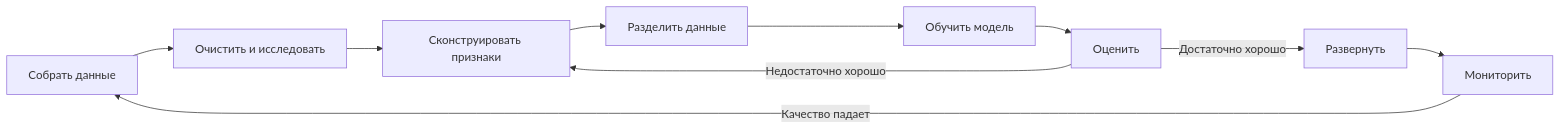
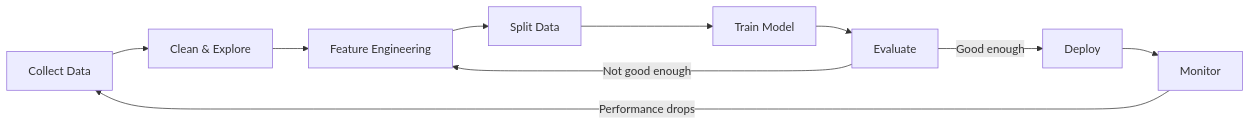
Before and after one commit to stabuev/ai-engineering-from-scratch: the third of 6 diagrams in phases/02-ml-fundamentals/01-what-is-machine-learning/docs/ru.md, drawn with Mermaid. The commit also changed other lines of this file and 182 other files, not shown here.

````diff
--- a/phases/02-ml-fundamentals/01-what-is-machine-learning/docs/ru.md
+++ b/phases/02-ml-fundamentals/01-what-is-machine-learning/docs/ru.md
@@ -124,12 +124,12 @@
 ```mermaid
 flowchart LR
-    A[Собрать данные] --> B[Очистить и исследовать]
-    B --> C[Сконструировать признаки]
-    C --> D[Разделить данные]
-    D --> E[Обучить модель]
-    E --> F[Оценить]
-    F -->|Недостаточно хорошо| C
-    F -->|Достаточно хорошо| G[Развернуть]
-    G --> H[Мониторить]
-    H -->|Качество падает| A
+    A[Collect Data] --> B[Clean & Explore]
+    B --> C[Feature Engineering]
+    C --> D[Split Data]
+    D --> E[Train Model]
+    E --> F[Evaluate]
+    F -->|Not good enough| C
+    F -->|Good enough| G[Deploy]
+    G --> H[Monitor]
+    H -->|Performance drops| A
 ```
````
